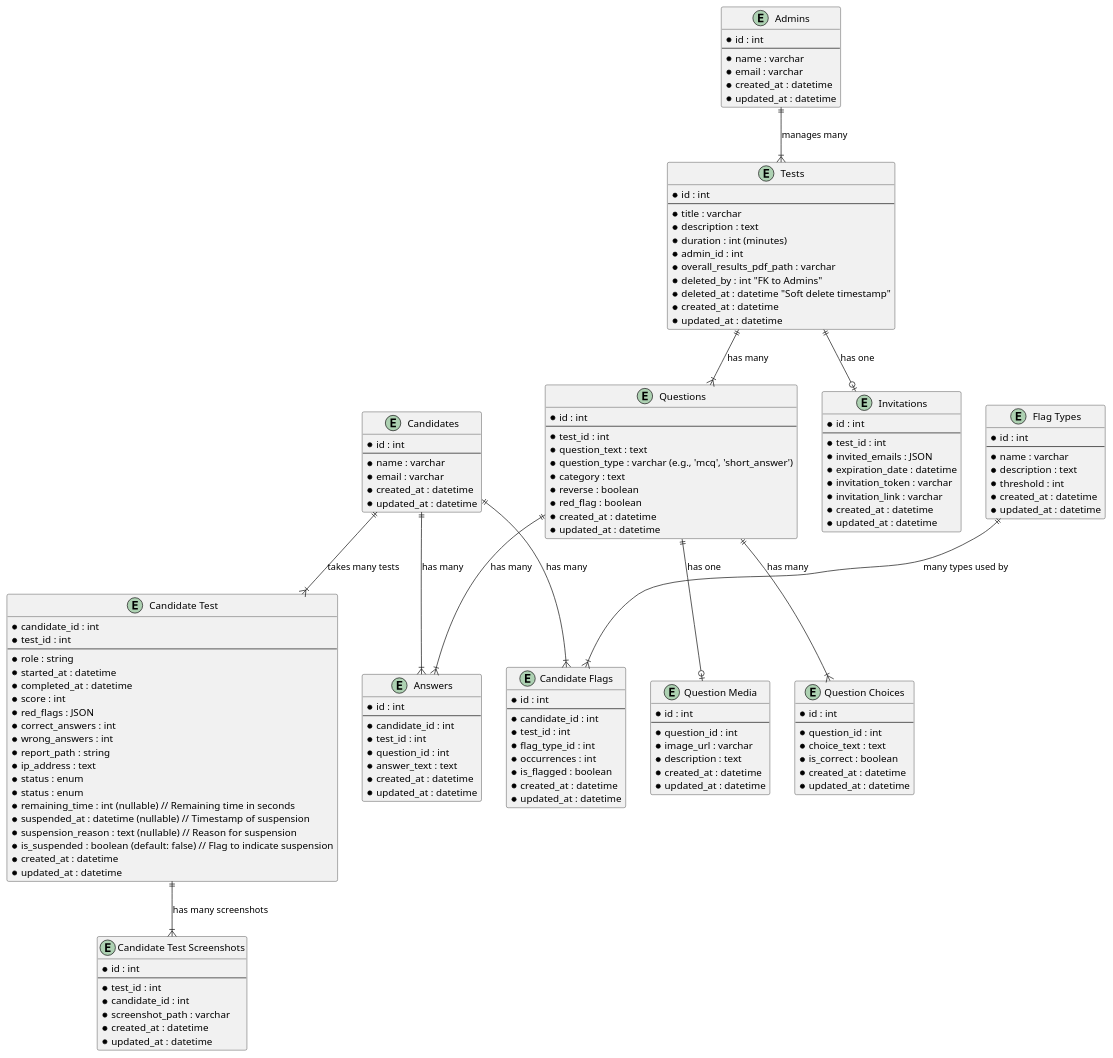
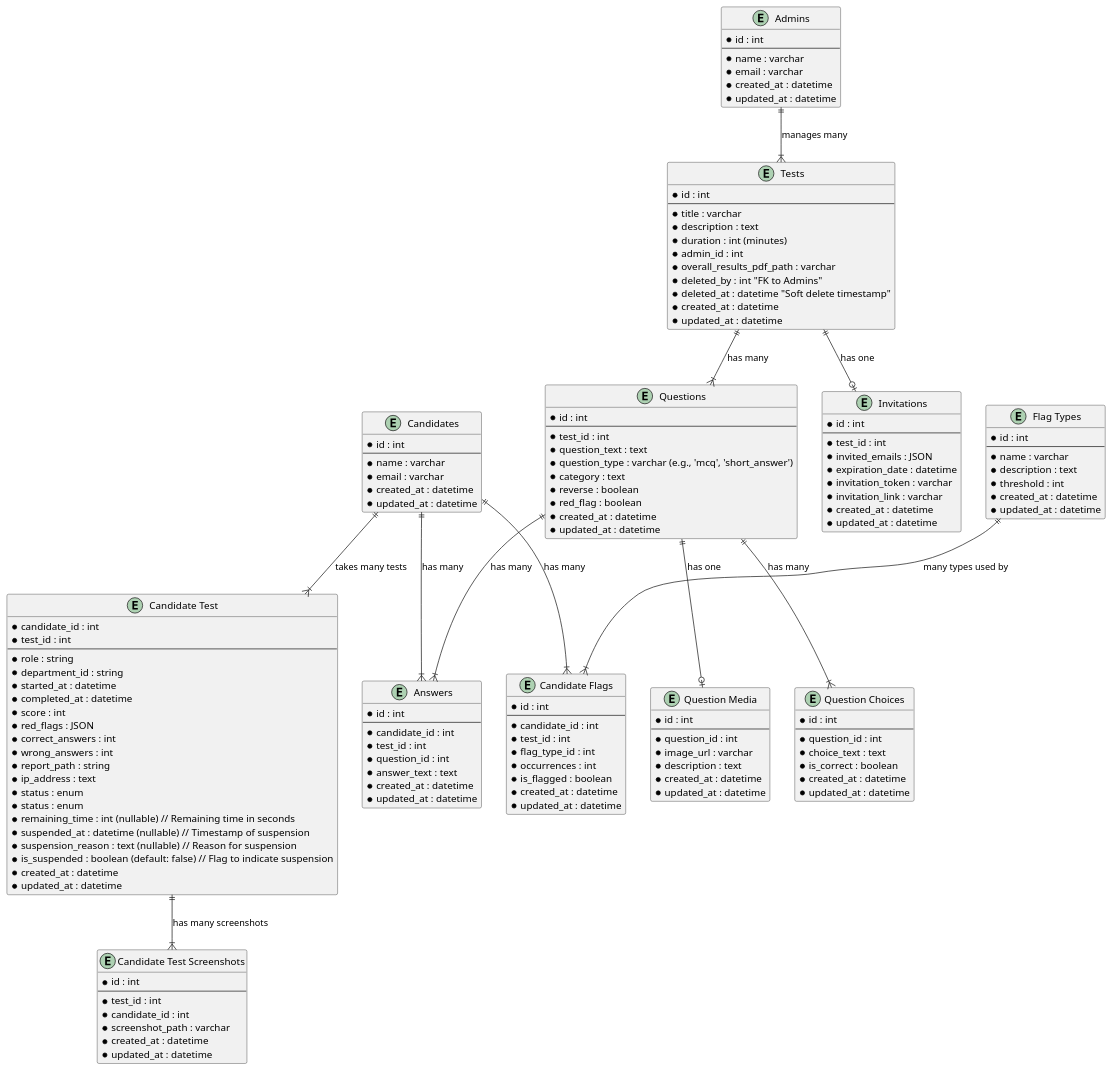
The diagram in storage/plantuml/db_diagram.puml (milelecars/MileleSkillSage), drawn with PlantUML before and after one commit. The commit also changed 15 other files, not shown here.

```diff
--- a/storage/plantuml/db_diagram.puml
+++ b/storage/plantuml/db_diagram.puml
@@ -1,161 +1,162 @@
 @startuml "Milele SkillSage"
 
 
 entity "Candidates" {
   * id : int
   --
   * name : varchar
   * email : varchar
   * created_at : datetime
   * updated_at : datetime
 }
 
 entity "Tests" {
   * id : int
   --
   * title : varchar
   * description : text
   * duration : int (minutes)
   * admin_id : int
   * overall_results_pdf_path : varchar
   * deleted_by : int "FK to Admins"
   * deleted_at : datetime "Soft delete timestamp"
   * created_at : datetime
   * updated_at : datetime
 }
 
 entity "Candidate Test" {
   * candidate_id : int
   * test_id : int
   --
   * role : string
+  * department_id : string
   * started_at : datetime
   * completed_at : datetime
   * score : int
   * red_flags : JSON 
   * correct_answers : int 
   * wrong_answers : int 
   * report_path : string
   * ip_address : text
   * status : enum
   * status : enum
   * remaining_time : int (nullable) // Remaining time in seconds
   * suspended_at : datetime (nullable) // Timestamp of suspension
   * suspension_reason : text (nullable) // Reason for suspension
   * is_suspended : boolean (default: false) // Flag to indicate suspension
   * created_at : datetime
   * updated_at : datetime
 }
 
 entity "Candidate Test Screenshots" {
   * id : int
   --
   * test_id : int
   * candidate_id : int
   * screenshot_path : varchar
   * created_at : datetime
   * updated_at : datetime
 }
 
 entity "Questions" {
   * id : int
   --
   * test_id : int
   * question_text : text
   * question_type : varchar (e.g., 'mcq', 'short_answer')
   * category : text
   * reverse : boolean
   * red_flag : boolean 
   * created_at : datetime
   * updated_at : datetime
 }
 
 entity "Question Choices" {
   * id : int
   --
   * question_id : int
   * choice_text : text
   * is_correct : boolean
   * created_at : datetime
   * updated_at : datetime
 }
 
 entity "Question Media" {
   * id : int
   --
   * question_id : int
   * image_url : varchar
   * description : text
   * created_at : datetime
   * updated_at : datetime
 }
 
 entity "Answers" {
   * id : int
   --
   * candidate_id : int
   * test_id : int
   * question_id : int
   * answer_text : text
   * created_at : datetime
   * updated_at : datetime
 }
 
 entity "Admins" {
   * id : int
   --
   * name : varchar
   * email : varchar
   * created_at : datetime
   * updated_at : datetime
 }
 
 entity "Flag Types" {
   * id : int
   --
   * name : varchar
   * description : text
   * threshold : int
   * created_at : datetime
   * updated_at : datetime
 }
 
 entity "Candidate Flags" {
   * id : int
   --
   * candidate_id : int
   * test_id : int
   * flag_type_id : int
   * occurrences : int
   * is_flagged : boolean
   * created_at : datetime
   * updated_at : datetime
 }
 
 entity "Invitations" {
   * id : int
   --
   * test_id : int
   * invited_emails : JSON
   * expiration_date : datetime
   * invitation_token : varchar
   * invitation_link : varchar
   * created_at : datetime 
   * updated_at : datetime
 }
 
 ' Relationships
 "Candidates" ||--|{ "Answers" : has many
 "Candidates" ||--|{ "Candidate Flags" : has many
 "Candidates" ||--|{ "Candidate Test" : takes many tests
 "Tests" ||--|{ "Questions" : has many
 "Tests" ||--o| "Invitations" : has one
 "Questions" ||--|{ "Question Choices" : has many
 "Questions" ||--o| "Question Media" : has one
 "Questions" ||--|{ "Answers" : has many  
 "Flag Types" ||--|{ "Candidate Flags" : many types used by
 "Admins" ||--|{ "Tests" : manages many
 "Candidate Test" ||--|{ "Candidate Test Screenshots" : "has many screenshots"
 
 
 @enduml
```
